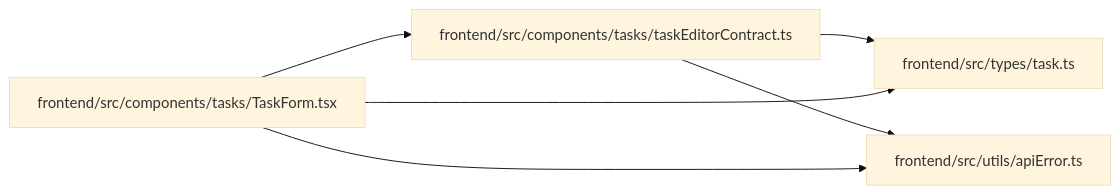
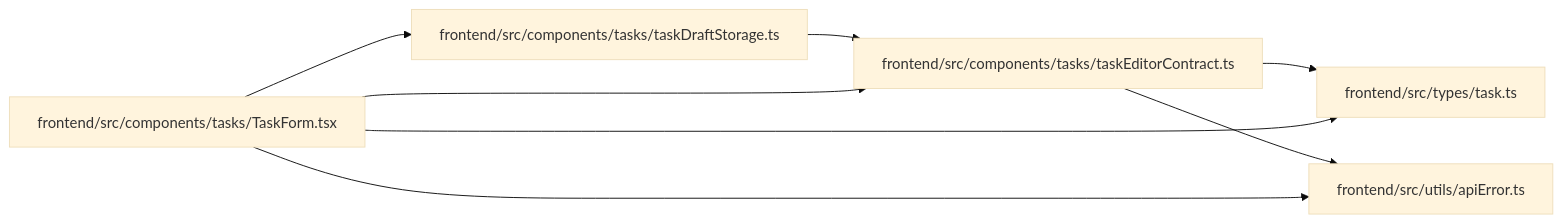
The diagram in docs/llm_wiki/modules/taskEditorContract.md (Denissvgn/WorkChord), drawn with Mermaid (base theme) before and after one commit. The commit also changed other lines of this file and 958 other files, not shown here.

First line of the commit message:
docs(wiki): refresh identity and recovery architecture

````diff
--- a/docs/llm_wiki/modules/taskEditorContract.md
+++ b/docs/llm_wiki/modules/taskEditorContract.md
@@ -26,16 +26,20 @@
 ```mermaid
 flowchart LR
-    n0["frontend/src/components/tasks/taskEditorContract.ts"]
-    n1["frontend/src/components/tasks/TaskForm.tsx"]
-    n2["frontend/src/types/task.ts"]
-    n3["frontend/src/utils/apiError.ts"]
-    n0 --> n2
-    n0 --> n3
-    n1 --> n0
-    n1 --> n2
+    n0["frontend/src/components/tasks/taskDraftStorage.ts"]
+    n1["frontend/src/components/tasks/taskEditorContract.ts"]
+    n2["frontend/src/components/tasks/TaskForm.tsx"]
+    n3["frontend/src/types/task.ts"]
+    n4["frontend/src/utils/apiError.ts"]
+    n0 --> n1
     n1 --> n3
-    click n0 "../modules/taskEditorContract.md"
-    click n1 "../modules/TaskForm.md"
-    click n2 "../modules/types_task.md"
-    click n3 "../modules/apiError.md"
+    n1 --> n4
+    n2 --> n0
+    n2 --> n1
+    n2 --> n3
+    n2 --> n4
+    click n0 "../modules/taskDraftStorage.md"
+    click n1 "../modules/taskEditorContract.md"
+    click n2 "../modules/TaskForm.md"
+    click n3 "../modules/types_task.md"
+    click n4 "../modules/apiError.md"
 ```
````
